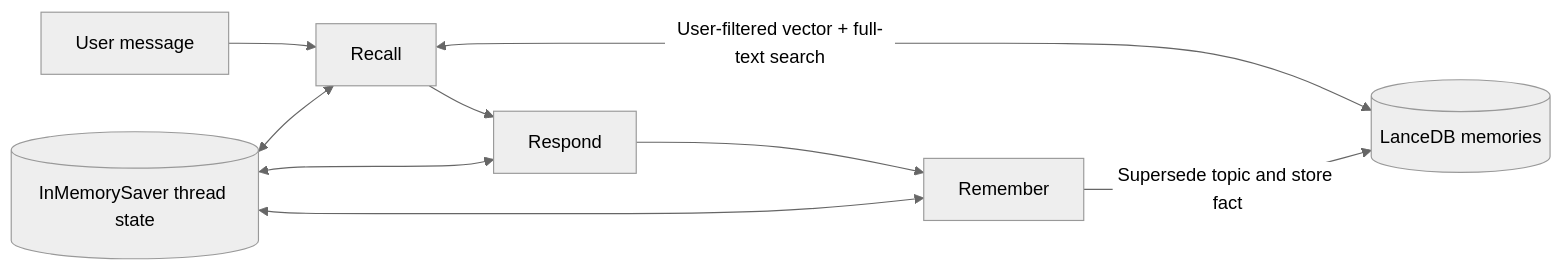
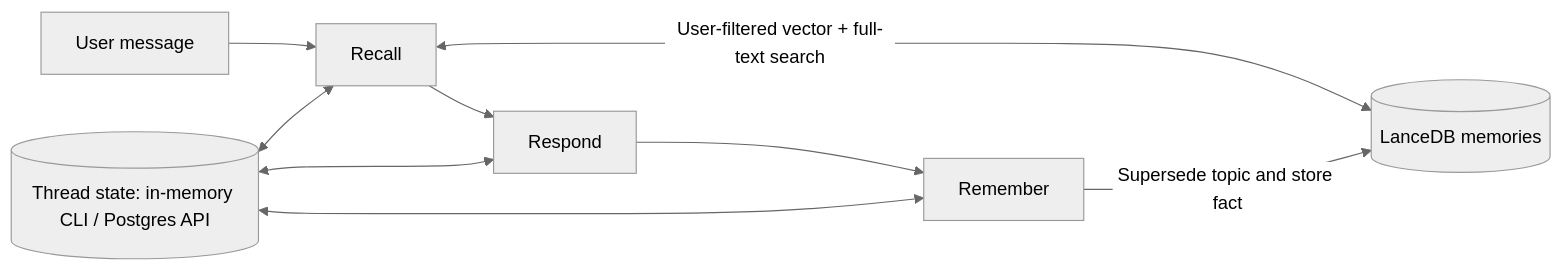
One commit to Shreyas652/langgraph-lancedb-memory changed the diagram in README.md. Above: the diagram before and after it, drawn with Mermaid (neutral theme). The commit also changed other lines of this file and 10 other files, not shown here.

Commit message:
feat(api): add authenticated persistent memory service

````diff
--- a/README.md
+++ b/README.md
@@ -35,11 +35,11 @@
 ```mermaid
 flowchart LR
     U[User message] --> R[Recall]
     R <-->|User-filtered vector + full-text search| DB[(LanceDB memories)]
     R --> A[Respond]
     A --> M[Remember]
     M -->|Supersede topic and store fact| DB
-    C[(InMemorySaver thread state)] <--> R
+    C[(Thread state: in-memory CLI / Postgres API)] <--> R
     C <--> A
     C <--> M
 ```
````
